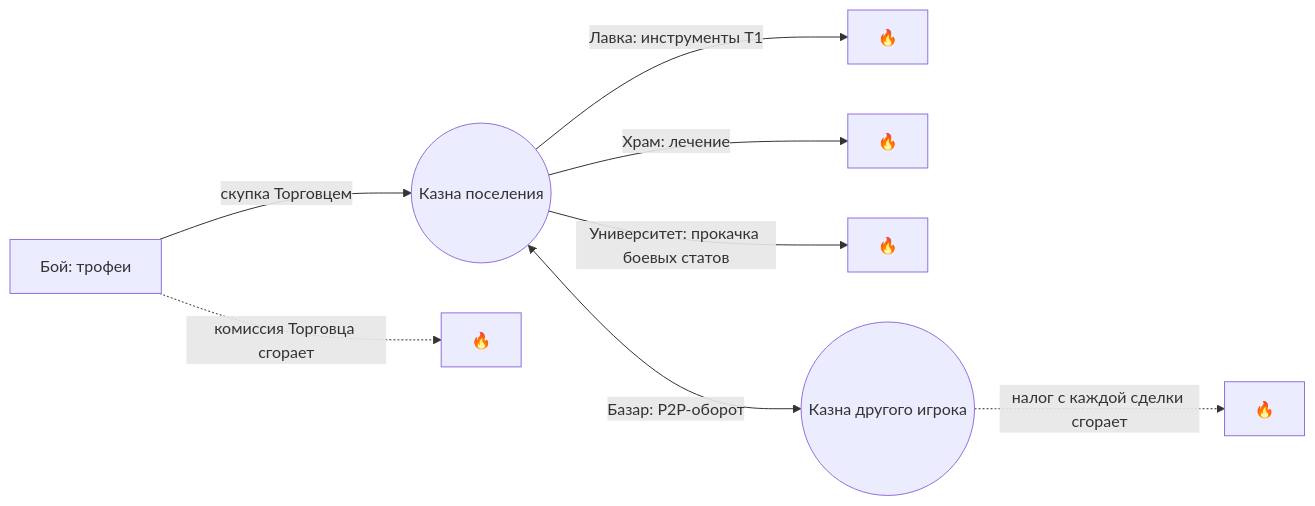
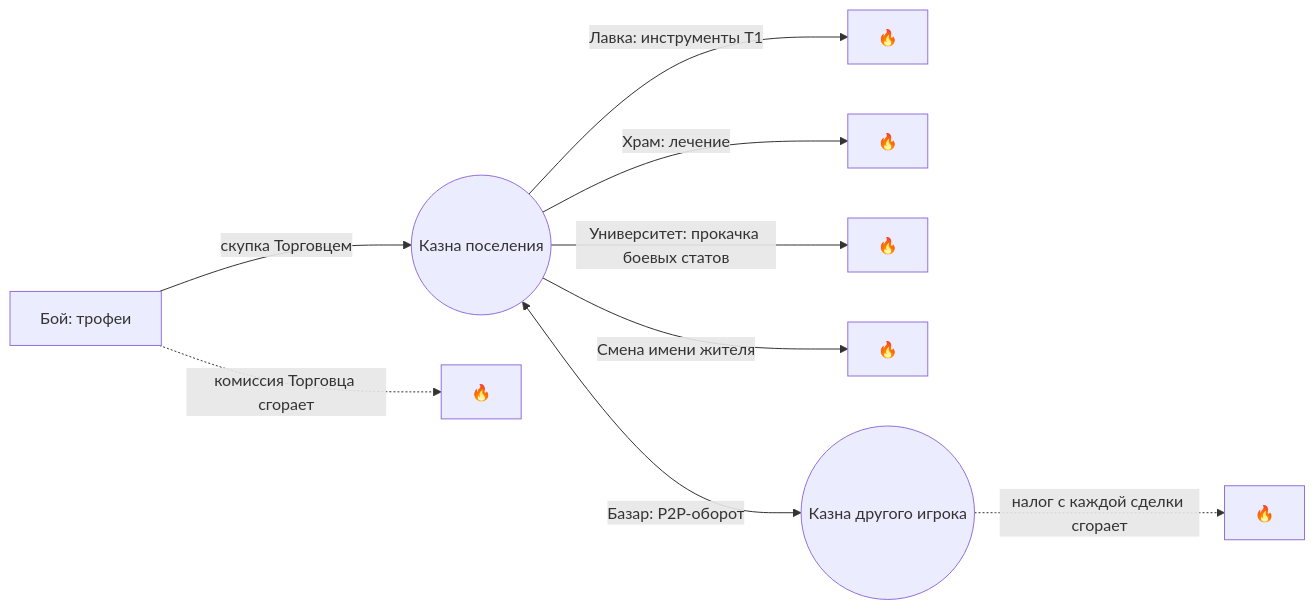
The diagram in docs/03-системы/экономика-и-базар.md (ITrubnikov/Train_of_Thought-Cognopolis-wiki), drawn with Mermaid before and after one commit. The commit also changed other lines of this file and 1 other file, not shown here.

Commit message:
docs: смена имени жителя за 3 золота (витрина)
«Жители и задачи» — раздел «Имя жителя можно переименовать»: кнопка в паспорте,
мета-действие игрока (агенту недоступно), любой свой житель, no-op не покупается,
строка в Хронике, гашение кнопки при пустой казне. «Экономика и Базар» — строка
в таблице стоков и ветка на схеме: косметический сток, за золото нельзя купить
силу. Источник — Design/Механики/Жители и ростер.md (D-110).

````diff
--- a/docs/03-системы/экономика-и-базар.md
+++ b/docs/03-системы/экономика-и-базар.md
@@ -17,10 +17,11 @@
 ```mermaid
 flowchart LR
     B[Бой: трофеи] -->|скупка Торговцем| T((Казна поселения))
     B -.->|комиссия Торговца сгорает| X1[🔥]
     T -->|Лавка: инструменты T1| X2[🔥]
     T -->|Храм: лечение| X3[🔥]
     T -->|Университет: прокачка боевых статов| X5[🔥]
+    T -->|Смена имени жителя| X6[🔥]
     T <-->|Базар: P2P-оборот| T2((Казна другого игрока))
     T2 -.->|налог с каждой сделки сгорает| X4[🔥]
 ```
````
